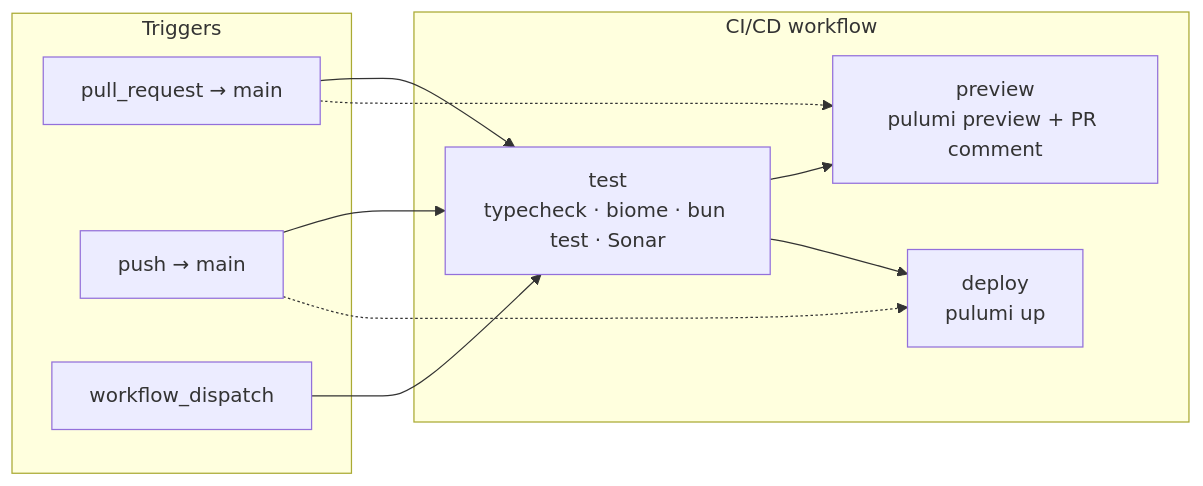
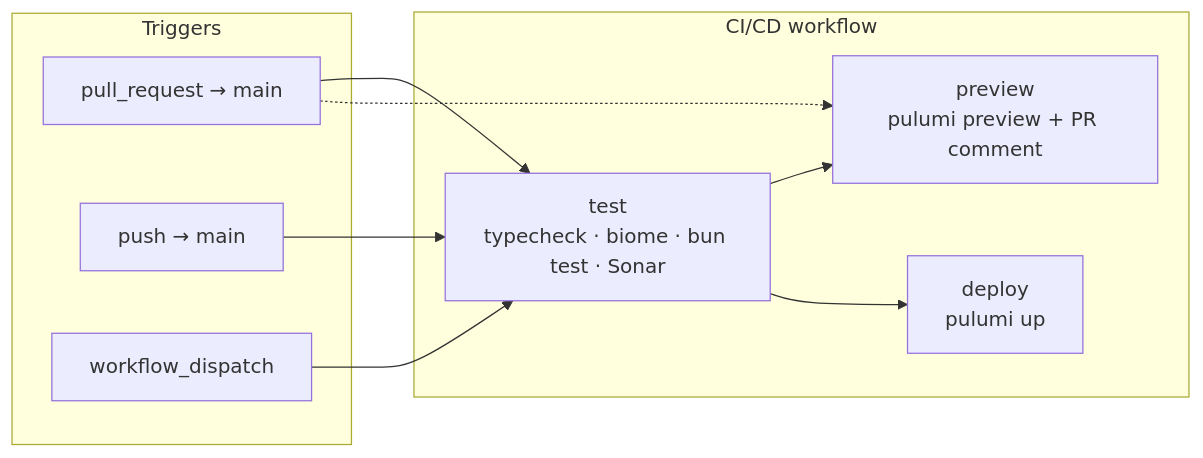
One commit to thaw-app/platform changed the second of 2 diagrams in README.md. Above: the diagram before and after it, drawn with Mermaid. The commit also changed other lines of this file and 8 other files, not shown here.

````diff
--- a/README.md
+++ b/README.md
@@ -97,22 +97,21 @@
 ```mermaid
 flowchart LR
   subgraph triggers["Triggers"]
     pr["pull_request → main"]
     push["push → main"]
     dispatch["workflow_dispatch"]
   end
 
   subgraph ci["CI/CD workflow"]
     test["test<br/>typecheck · biome · bun test · Sonar"]
     preview["preview<br/>pulumi preview + PR comment"]
     deploy["deploy<br/>pulumi up"]
   end
 
   pr --> test
-  push --> test
   dispatch --> test
   test --> preview
+  push --> test
   test --> deploy
   pr -.-> preview
-  push -.-> deploy
 ```
````
